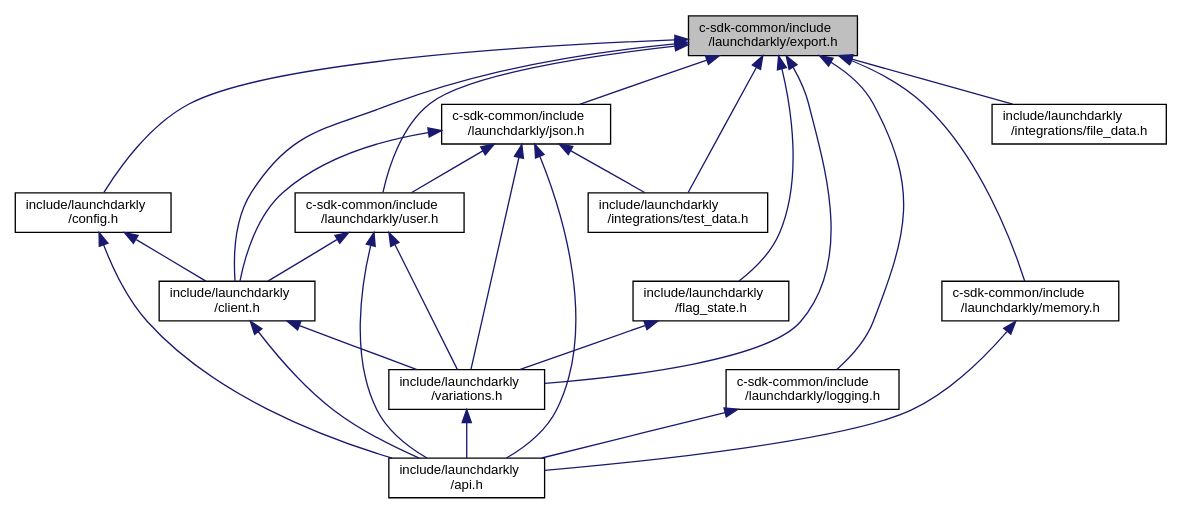
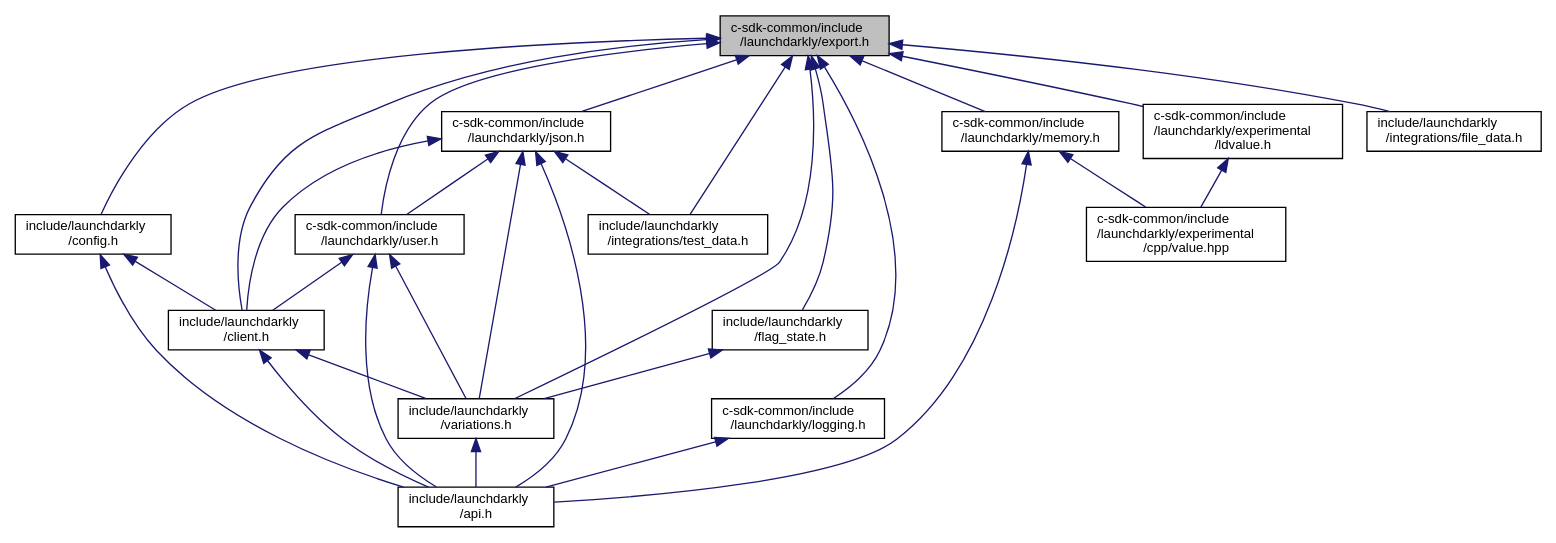
The diagram in export_8h__dep__incl.dot (launchdarkly/c-server-sdk), drawn with Graphviz before and after one commit. The commit also changed 150 other files, not shown here.

```diff
--- a/export_8h__dep__incl.dot
+++ b/export_8h__dep__incl.dot
@@ -1,44 +1,49 @@
 digraph "c-sdk-common/include/launchdarkly/export.h"
 {
  // LATEX_PDF_SIZE
   edge [fontname="Helvetica",fontsize="10",labelfontname="Helvetica",labelfontsize="10"];
   node [fontname="Helvetica",fontsize="10",shape=record];
   Node1 [label="c-sdk-common/include\l/launchdarkly/export.h",height=0.2,width=0.4,color="black", fillcolor="grey75", style="filled", fontcolor="black",tooltip="Public. Configuration of exported symbols."];
   Node1 -> Node2 [dir="back",color="midnightblue",fontsize="10",style="solid",fontname="Helvetica"];
   Node2 [label="include/launchdarkly\l/config.h",height=0.2,width=0.4,color="black", fillcolor="white", style="filled",URL="$config_8h.html",tooltip="Public API for Configuration."];
   Node2 -> Node3 [dir="back",color="midnightblue",fontsize="10",style="solid",fontname="Helvetica"];
   Node3 [label="include/launchdarkly\l/client.h",height=0.2,width=0.4,color="black", fillcolor="white", style="filled",URL="$client_8h.html",tooltip="Public API for Client operations."];
   Node3 -> Node4 [dir="back",color="midnightblue",fontsize="10",style="solid",fontname="Helvetica"];
   Node4 [label="include/launchdarkly\l/api.h",height=0.2,width=0.4,color="black", fillcolor="white", style="filled",URL="$api_8h.html",tooltip="Public API. Include this for every public operation."];
   Node3 -> Node5 [dir="back",color="midnightblue",fontsize="10",style="solid",fontname="Helvetica"];
   Node5 [label="include/launchdarkly\l/variations.h",height=0.2,width=0.4,color="black", fillcolor="white", style="filled",URL="$variations_8h.html",tooltip="Public API for evaluation variations."];
   Node5 -> Node4 [dir="back",color="midnightblue",fontsize="10",style="solid",fontname="Helvetica"];
   Node2 -> Node4 [dir="back",color="midnightblue",fontsize="10",style="solid",fontname="Helvetica"];
   Node1 -> Node3 [dir="back",color="midnightblue",fontsize="10",style="solid",fontname="Helvetica"];
   Node1 -> Node6 [dir="back",color="midnightblue",fontsize="10",style="solid",fontname="Helvetica"];
   Node6 [label="c-sdk-common/include\l/launchdarkly/json.h",height=0.2,width=0.4,color="black", fillcolor="white", style="filled",URL="$json_8h.html",tooltip="Public API Interface for JSON usage."];
   Node6 -> Node3 [dir="back",color="midnightblue",fontsize="10",style="solid",fontname="Helvetica"];
   Node6 -> Node7 [dir="back",color="midnightblue",fontsize="10",style="solid",fontname="Helvetica"];
   Node7 [label="c-sdk-common/include\l/launchdarkly/user.h",height=0.2,width=0.4,color="black", fillcolor="white", style="filled",URL="$user_8h.html",tooltip="Public API Interface for User construction."];
   Node7 -> Node3 [dir="back",color="midnightblue",fontsize="10",style="solid",fontname="Helvetica"];
   Node7 -> Node4 [dir="back",color="midnightblue",fontsize="10",style="solid",fontname="Helvetica"];
   Node7 -> Node5 [dir="back",color="midnightblue",fontsize="10",style="solid",fontname="Helvetica"];
   Node6 -> Node4 [dir="back",color="midnightblue",fontsize="10",style="solid",fontname="Helvetica"];
   Node6 -> Node5 [dir="back",color="midnightblue",fontsize="10",style="solid",fontname="Helvetica"];
   Node6 -> Node8 [dir="back",color="midnightblue",fontsize="10",style="solid",fontname="Helvetica"];
   Node8 [label="include/launchdarkly\l/integrations/test_data.h",height=0.2,width=0.4,color="black", fillcolor="white", style="filled",URL="$test__data_8h.html",tooltip="Public API for LDTestData."];
   Node1 -> Node7 [dir="back",color="midnightblue",fontsize="10",style="solid",fontname="Helvetica"];
   Node1 -> Node9 [dir="back",color="midnightblue",fontsize="10",style="solid",fontname="Helvetica"];
   Node9 [label="c-sdk-common/include\l/launchdarkly/logging.h",height=0.2,width=0.4,color="black", fillcolor="white", style="filled",URL="$logging_8h.html",tooltip="Public API Interface for Logging."];
   Node9 -> Node4 [dir="back",color="midnightblue",fontsize="10",style="solid",fontname="Helvetica"];
   Node1 -> Node10 [dir="back",color="midnightblue",fontsize="10",style="solid",fontname="Helvetica"];
   Node10 [label="c-sdk-common/include\l/launchdarkly/memory.h",height=0.2,width=0.4,color="black", fillcolor="white", style="filled",URL="$memory_8h.html",tooltip="Public API. Operations for managing memory."];
   Node10 -> Node4 [dir="back",color="midnightblue",fontsize="10",style="solid",fontname="Helvetica"];
+  Node10 -> Node11 [dir="back",color="midnightblue",fontsize="10",style="solid",fontname="Helvetica"];
+  Node11 [label="c-sdk-common/include\l/launchdarkly/experimental\l/cpp/value.hpp",height=0.2,width=0.4,color="black", fillcolor="white", style="filled",URL="$value_8hpp_source.html",tooltip=" "];
   Node1 -> Node5 [dir="back",color="midnightblue",fontsize="10",style="solid",fontname="Helvetica"];
-  Node1 -> Node11 [dir="back",color="midnightblue",fontsize="10",style="solid",fontname="Helvetica"];
-  Node11 [label="include/launchdarkly\l/flag_state.h",height=0.2,width=0.4,color="black", fillcolor="white", style="filled",URL="$flag__state_8h.html",tooltip="Public API associated with LDAllFlagsState."];
-  Node11 -> Node5 [dir="back",color="midnightblue",fontsize="10",style="solid",fontname="Helvetica"];
   Node1 -> Node12 [dir="back",color="midnightblue",fontsize="10",style="solid",fontname="Helvetica"];
-  Node12 [label="include/launchdarkly\l/integrations/file_data.h",height=0.2,width=0.4,color="black", fillcolor="white", style="filled",URL="$file__data_8h.html",tooltip="Public API for file data source."];
+  Node12 [label="include/launchdarkly\l/flag_state.h",height=0.2,width=0.4,color="black", fillcolor="white", style="filled",URL="$flag__state_8h.html",tooltip="Public API associated with LDAllFlagsState."];
+  Node12 -> Node5 [dir="back",color="midnightblue",fontsize="10",style="solid",fontname="Helvetica"];
+  Node1 -> Node13 [dir="back",color="midnightblue",fontsize="10",style="solid",fontname="Helvetica"];
+  Node13 [label="include/launchdarkly\l/integrations/file_data.h",height=0.2,width=0.4,color="black", fillcolor="white", style="filled",URL="$file__data_8h.html",tooltip="Public API for file data source."];
   Node1 -> Node8 [dir="back",color="midnightblue",fontsize="10",style="solid",fontname="Helvetica"];
+  Node1 -> Node14 [dir="back",color="midnightblue",fontsize="10",style="solid",fontname="Helvetica"];
+  Node14 [label="c-sdk-common/include\l/launchdarkly/experimental\l/ldvalue.h",height=0.2,width=0.4,color="black", fillcolor="white", style="filled",URL="$ldvalue_8h.html",tooltip="LDValues represent immutable JSON values."];
+  Node14 -> Node11 [dir="back",color="midnightblue",fontsize="10",style="solid",fontname="Helvetica"];
 }
```
